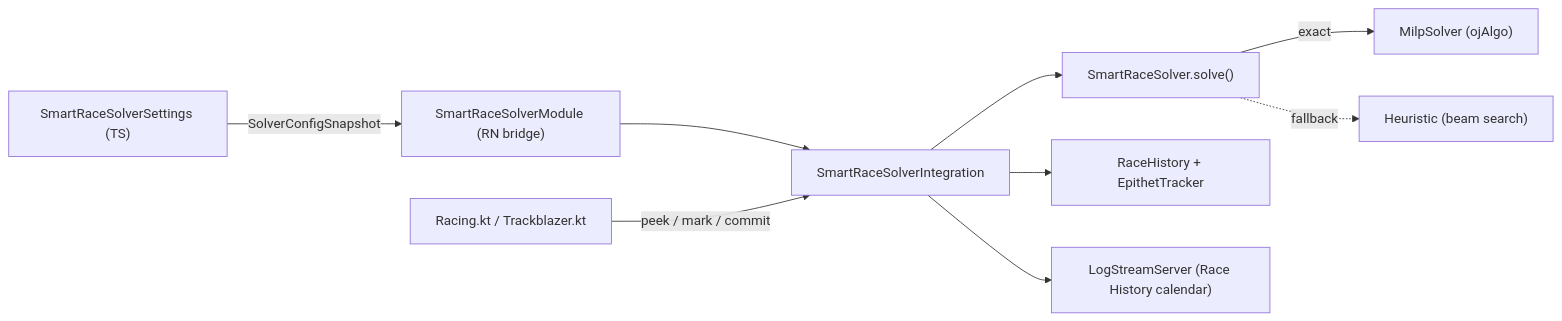
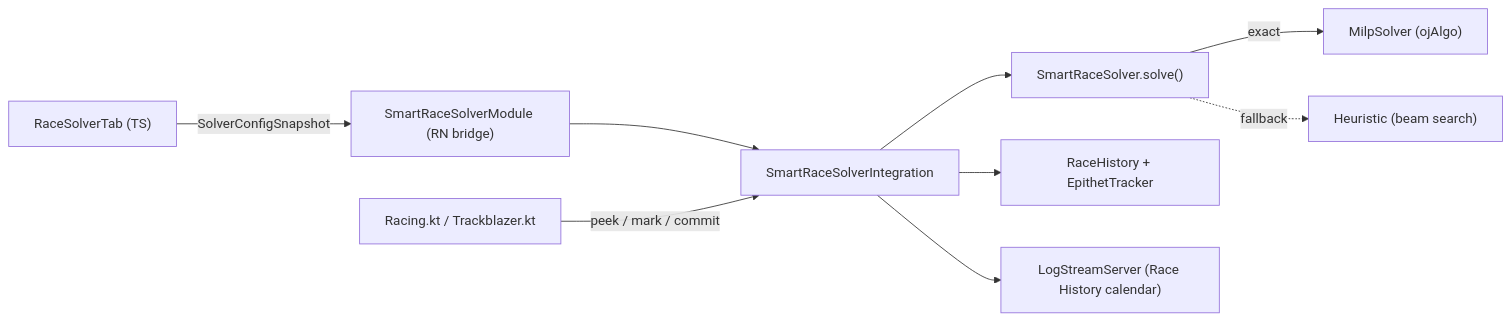
Before and after one commit to steve1316/uma-android-automation: the eighth of 8 diagrams in HOW_IT_WORKS.md, drawn with Mermaid. The commit also changed other lines of this file, not shown here.

````diff
--- a/HOW_IT_WORKS.md
+++ b/HOW_IT_WORKS.md
@@ -1375,11 +1439,11 @@
 ```mermaid
 flowchart LR
-    Settings["SmartRaceSolverSettings (TS)"] -->|SolverConfigSnapshot| Bridge["SmartRaceSolverModule (RN bridge)"]
+    Settings["RaceSolverTab (TS)"] -->|SolverConfigSnapshot| Bridge["SmartRaceSolverModule (RN bridge)"]
     Bridge --> Integration["SmartRaceSolverIntegration"]
     Integration --> Solver["SmartRaceSolver.solve()"]
     Solver -->|exact| MILP["MilpSolver (ojAlgo)"]
     Solver -.->|fallback| Heuristic["Heuristic (beam search)"]
     Integration --> History["RaceHistory + EpithetTracker"]
     Bot["Racing.kt / Trackblazer.kt"] -->|peek / mark / commit| Integration
     Integration --> LogStream["LogStreamServer (Race History calendar)"]
 ```
````
